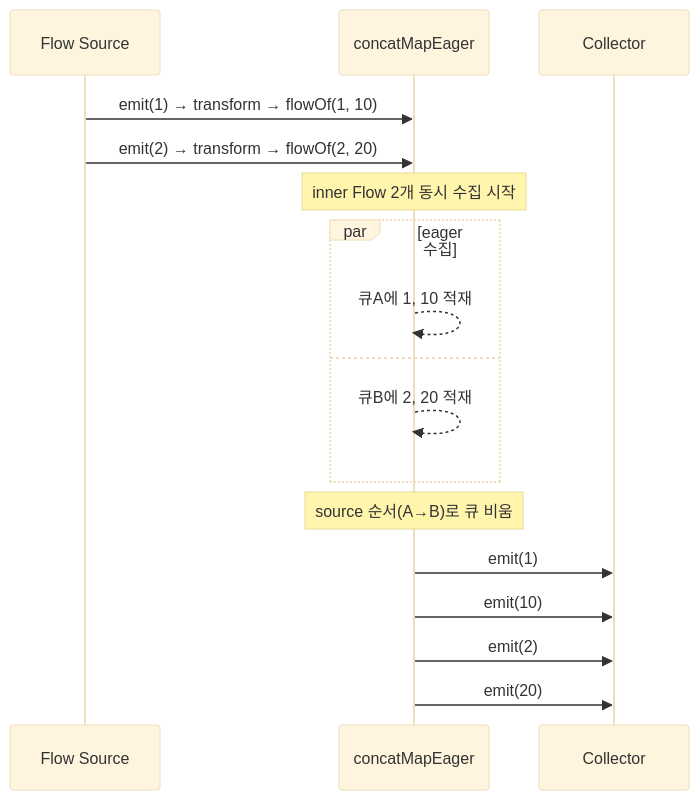
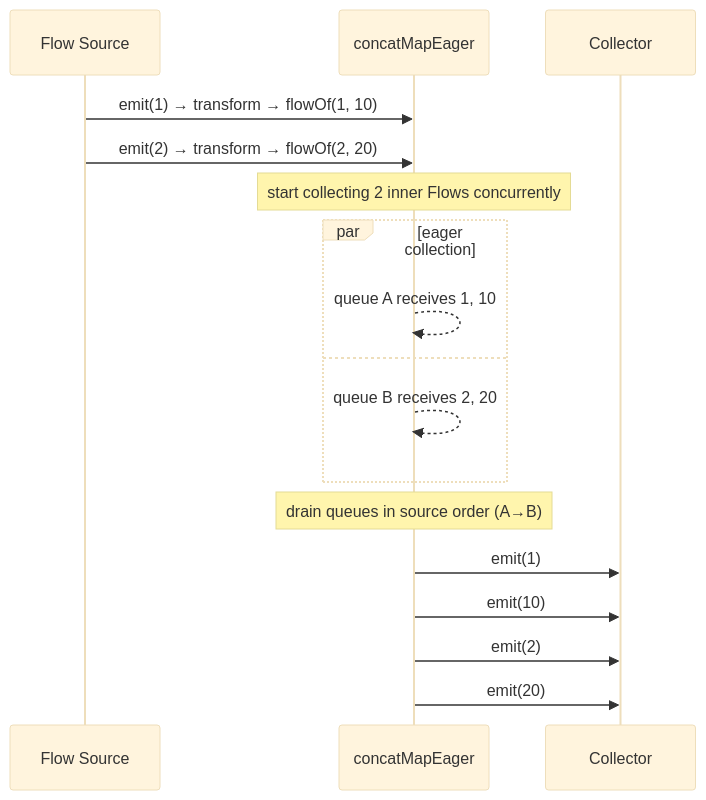
The eighth of 15 diagrams in bluetape4k/coroutines/README.md (bluetape4k/bluetape4k-projects), drawn with Mermaid (base theme) before and after one commit. The commit also changed other lines of this file and 265 other files, not shown here.

````diff
--- a/bluetape4k/coroutines/README.md
+++ b/bluetape4k/coroutines/README.md
@@ -381,19 +383,19 @@
 ```mermaid
 sequenceDiagram
     participant S as Flow Source
     participant CM as concatMapEager
     participant R as Collector
     S ->> CM: emit(1) → transform → flowOf(1, 10)
     S ->> CM: emit(2) → transform → flowOf(2, 20)
-    Note over CM: inner Flow 2개 동시 수집 시작
-    par eager 수집
-        CM -->> CM: 큐A에 1, 10 적재
+    Note over CM: start collecting 2 inner Flows concurrently
+    par eager collection
+        CM -->> CM: queue A receives 1, 10
     and
-        CM -->> CM: 큐B에 2, 20 적재
+        CM -->> CM: queue B receives 2, 20
     end
-    Note over CM: source 순서(A→B)로 큐 비움
+    Note over CM: drain queues in source order (A→B)
     CM ->> R: emit(1)
     CM ->> R: emit(10)
     CM ->> R: emit(2)
     CM ->> R: emit(20)
 ```
````
